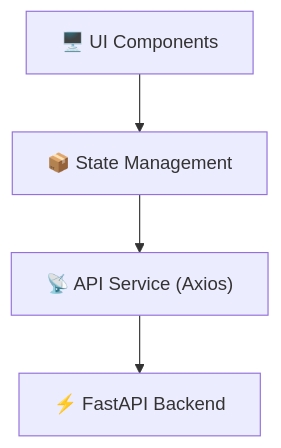
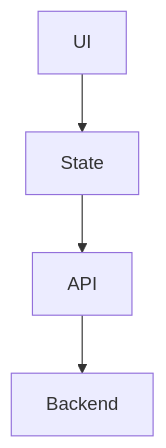
The fourth of 5 diagrams in docs/arsitektur-sistem.md (aidilsaputrakirsan-classroom/cc-kelompok-a-suksesss), drawn with Mermaid before and after one commit. The commit also changed other lines of this file and 1 other file, not shown here.

````diff
--- a/docs/arsitektur-sistem.md
+++ b/docs/arsitektur-sistem.md
@@ -88,6 +88,6 @@
 ```mermaid
 graph TD
-    UI["🖥️ UI Components"] --> State["📦 State Management"]
-    State --> API["📡 API Service (Axios)"]
-    API --> Backend["⚡ FastAPI Backend"]
+    UI --> State
+    State --> API
+    API --> Backend
 ```
````
